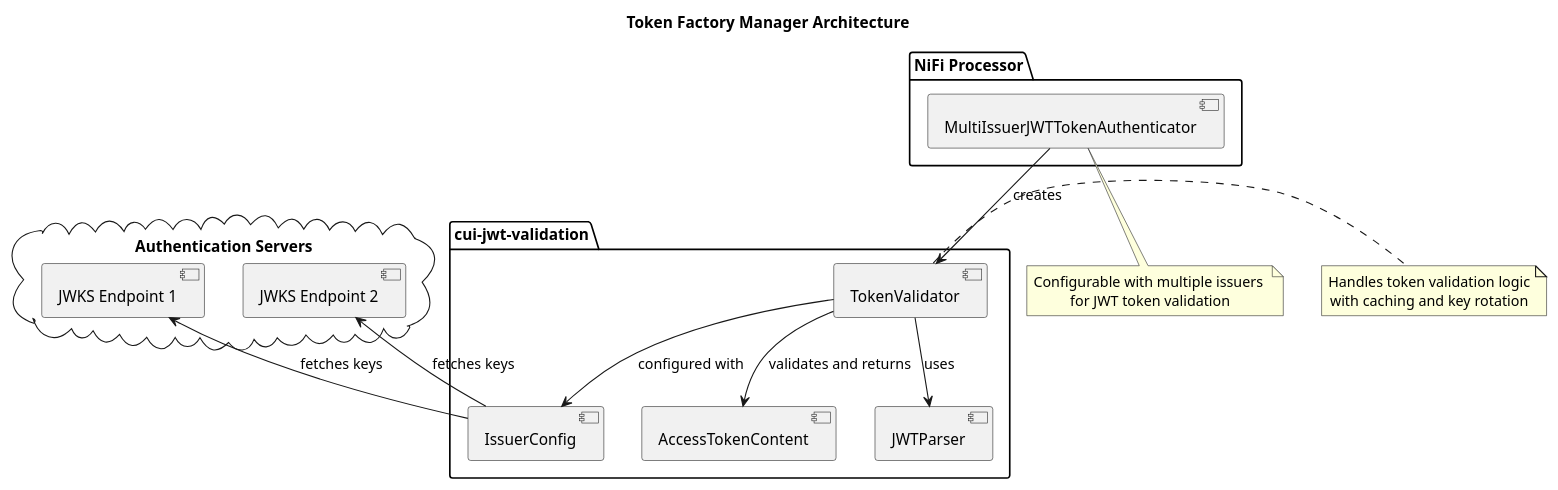
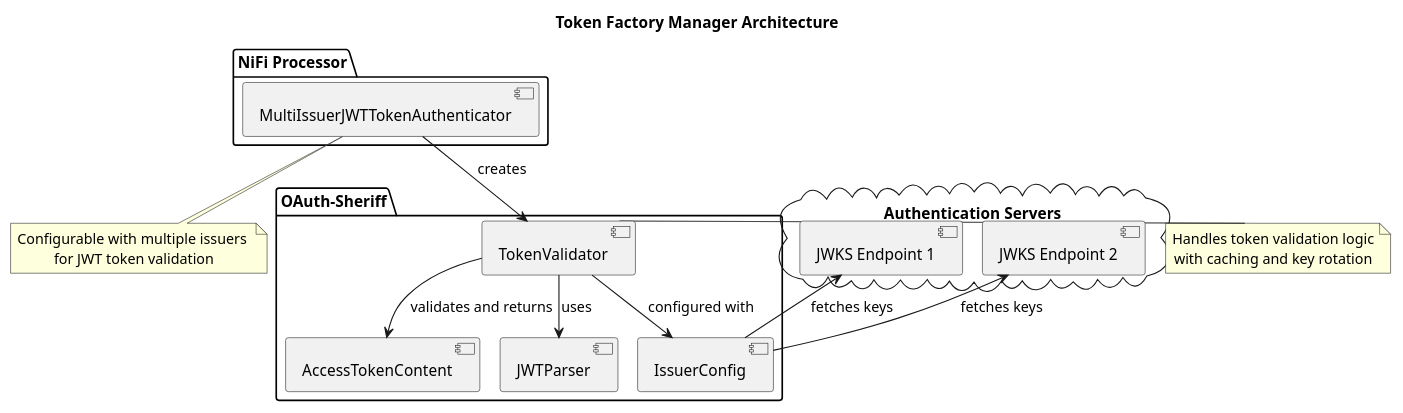
The diagram in doc/plantuml/token-factory-manager.puml (cuioss/nifi-extensions), drawn with PlantUML before and after one commit. The commit also changed 39 other files, not shown here.

First line of the commit message:
fix: update PlantUML diagrams with correct library and component names (#117)

```diff
--- a/doc/plantuml/token-factory-manager.puml
+++ b/doc/plantuml/token-factory-manager.puml
@@ -1,41 +1,42 @@
 @startuml token-factory-manager
+!pragma layout smetana
 skinparam defaultTextAlignment center
 skinparam componentStyle uml2
 
 title "Token Factory Manager Architecture"
 
 package "NiFi Processor" {
   [MultiIssuerJWTTokenAuthenticator] as processor
 }
 
-package "cui-jwt-validation" {
+package "OAuth-Sheriff" {
   [TokenValidator] as validator
   [IssuerConfig] as config
   [AccessTokenContent] as token
   [JWTParser] as parser
 }
 
 cloud "Authentication Servers" {
   [JWKS Endpoint 1] as jwks1
   [JWKS Endpoint 2] as jwks2
 }
 
 processor --> validator : creates
 validator --> config : configured with
 validator --> token : validates and returns
 validator --> parser : uses
 
 jwks1 <-- config : fetches keys
 jwks2 <-- config : fetches keys
 
 note bottom of processor
   Configurable with multiple issuers 
   for JWT token validation
 end note
 
 note right of validator
   Handles token validation logic
   with caching and key rotation
 end note
 
 @enduml
```
